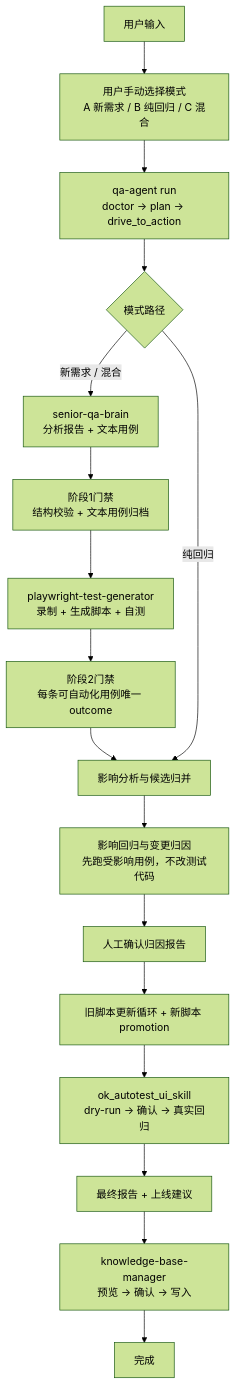
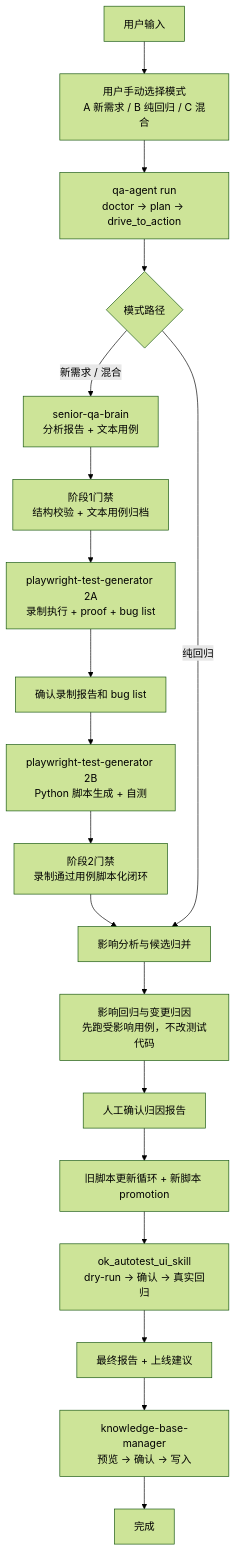
Before and after one commit to jiadan-user/jiacangku: the diagram in README.md, drawn with Mermaid (forest theme). The commit also changed other lines of this file and 8 other files, not shown here.

````diff
--- a/README.md
+++ b/README.md
@@ -14,22 +14,24 @@
 ```mermaid
 flowchart TD
     Input["用户输入"] --> Mode["用户手动选择模式<br/>A 新需求 / B 纯回归 / C 混合"]
     Mode --> Run["qa-agent run<br/>doctor -> plan -> drive_to_action"]
 
     Run --> Split{"模式路径"}
     Split -->|"新需求 / 混合"| SQB["senior-qa-brain<br/>分析报告 + 文本用例"]
     SQB --> SQBGate["阶段1门禁<br/>结构校验 + 文本用例归档"]
-    SQBGate --> PTG["playwright-test-generator<br/>录制 + 生成脚本 + 自测"]
-    PTG --> PTGGate["阶段2门禁<br/>每条可自动化用例唯一 outcome"]
+    SQBGate --> PTG2A["playwright-test-generator 2A<br/>录制执行 + proof + bug list"]
+    PTG2A --> PTGConfirm["确认录制报告和 bug list"]
+    PTGConfirm --> PTG2B["playwright-test-generator 2B<br/>Python 脚本生成 + 自测"]
+    PTG2B --> PTGGate["阶段2门禁<br/>录制通过用例脚本化闭环"]
     PTGGate --> Impact["影响分析与候选归并"]
 
     Split -->|"纯回归"| Impact
 
     Impact --> Verify["影响回归与变更归因<br/>先跑受影响用例，不改测试代码"]
     Verify --> Confirm["人工确认归因报告"]
     Confirm --> Legacy["旧脚本更新循环 + 新脚本 promotion"]
     Legacy --> OKUI["ok_autotest_ui_skill<br/>dry-run -> 确认 -> 真实回归"]
     OKUI --> Final["最终报告 + 上线建议"]
     Final --> KB["knowledge-base-manager<br/>预览 -> 确认 -> 写入"]
     KB --> Done["完成"]
 ```
````
